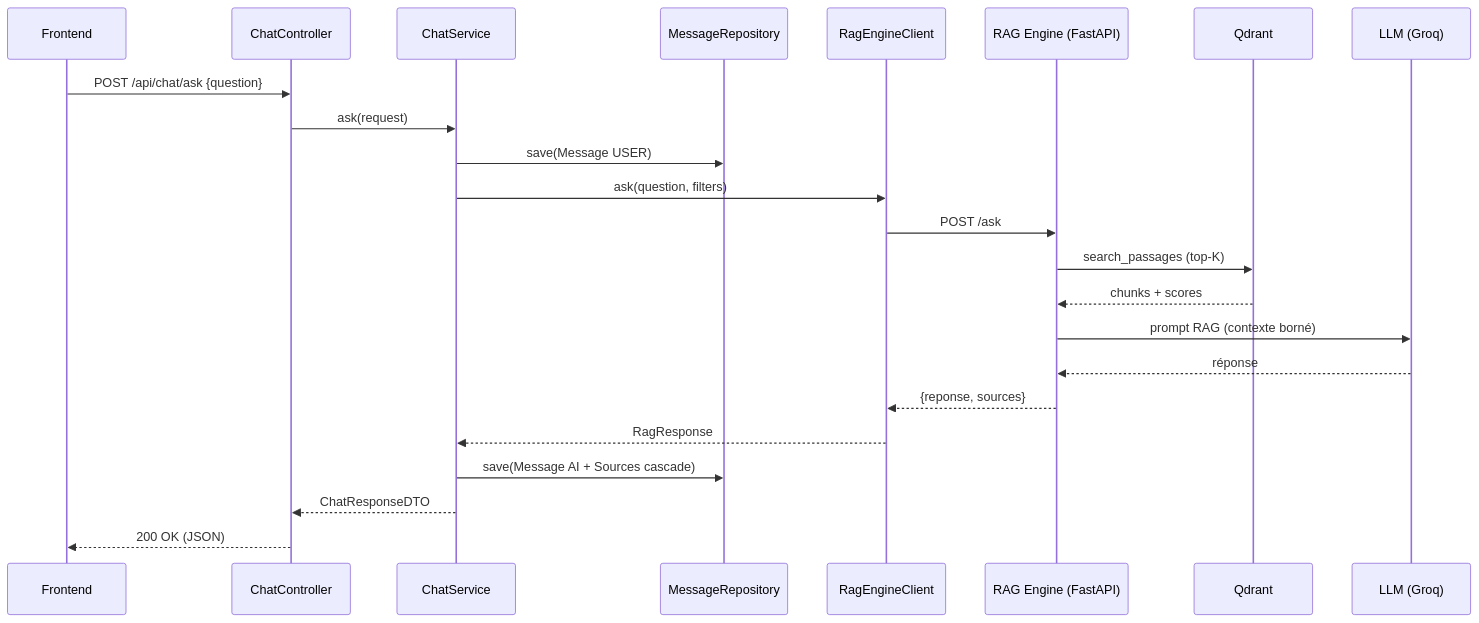
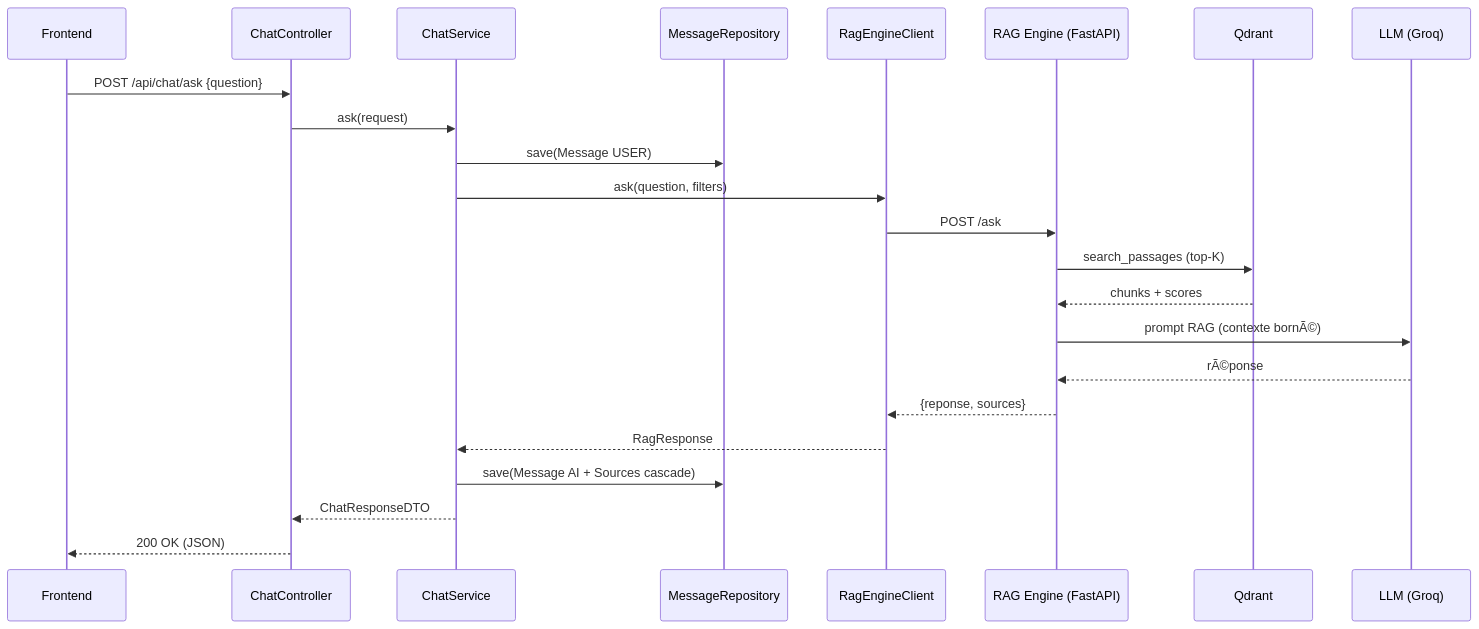
Before and after one commit to chahmed12/enterprise-rag-assistant: the third of 5 diagrams in DOCUMENTATION.md, drawn with Mermaid. The commit also changed other lines of this file and 42 other files, not shown here.

````diff
--- a/DOCUMENTATION.md
+++ b/DOCUMENTATION.md
@@ -430,26 +430,26 @@
 ```mermaid
 sequenceDiagram
     participant F as Frontend
     participant C as ChatController
     participant S as ChatService
     participant R as MessageRepository
     participant G as RagEngineClient
     participant P as RAG Engine (FastAPI)
     participant Q as Qdrant
     participant L as LLM (Groq)
 
     F->>C: POST /api/chat/ask {question}
     C->>S: ask(request)
     S->>R: save(Message USER)
     S->>G: ask(question, filters)
     G->>P: POST /ask
     P->>Q: search_passages (top-K)
     Q-->>P: chunks + scores
-    P->>L: prompt RAG (contexte borné)
-    L-->>P: réponse
+    P->>L: prompt RAG (contexte bornÃ©)
+    L-->>P: rÃ©ponse
     P-->>G: {reponse, sources}
     G-->>S: RagResponse
     S->>R: save(Message AI + Sources cascade)
     S-->>C: ChatResponseDTO
     C-->>F: 200 OK (JSON)
 ```
````
